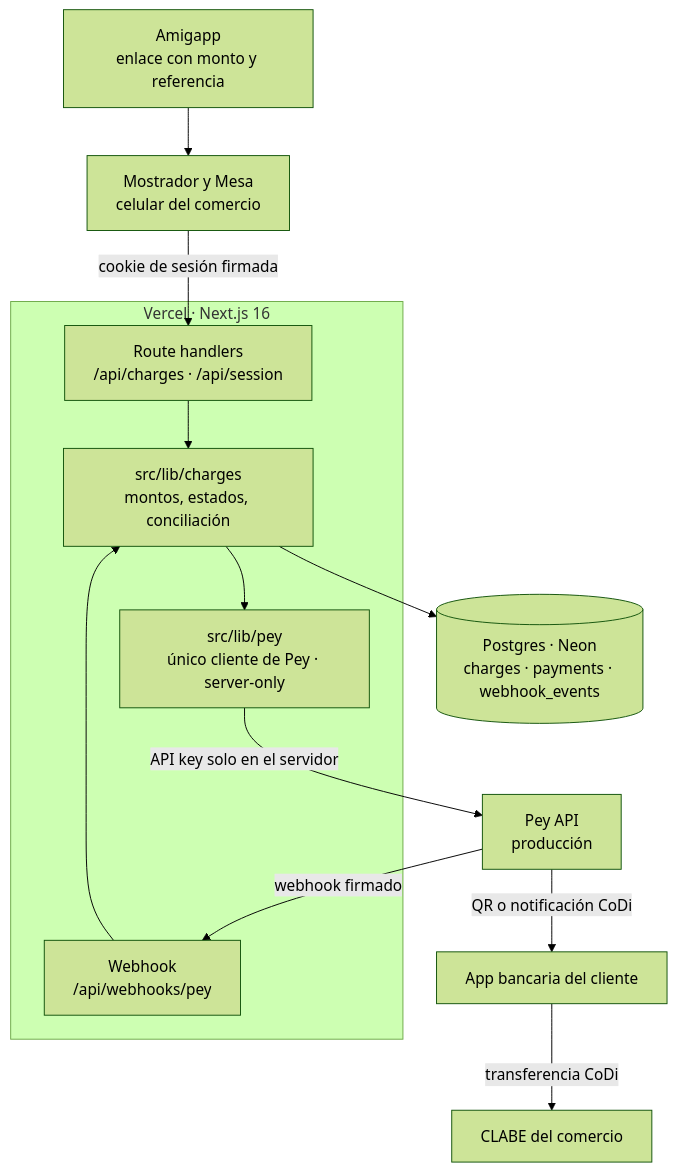
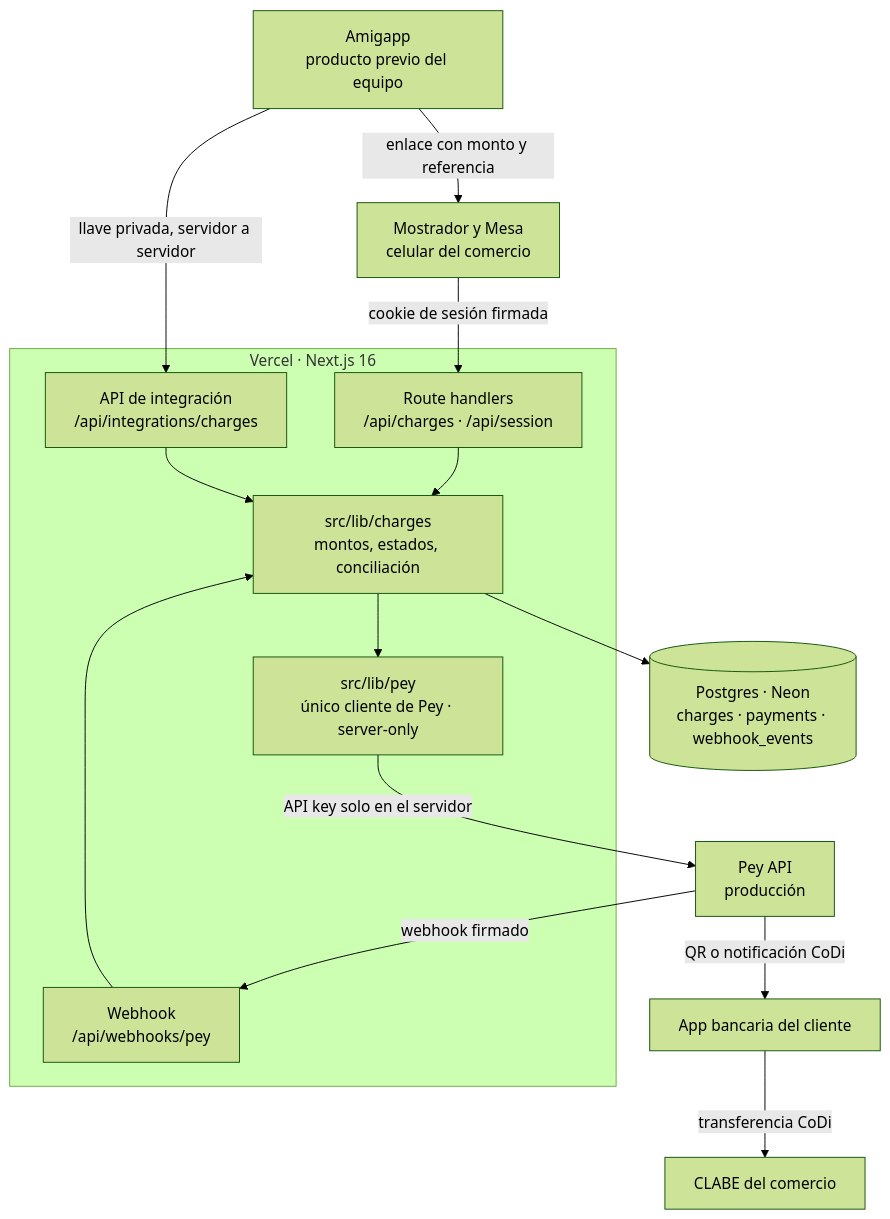
The second of 2 diagrams in README.md (Rubench0/code-pay), drawn with Mermaid (forest theme) before and after one commit. The commit also changed other lines of this file, not shown here.

Commit message:
Describe the Amigapp integration API in the README

````diff
--- a/README.md
+++ b/README.md
@@ -120,19 +129,22 @@
 ```mermaid
 flowchart TB
-    AMI["Amigapp<br/>enlace con monto y referencia"] --> UI
+    AMI["Amigapp<br/>producto previo del equipo"] -- "enlace con monto y referencia" --> UI
     UI["Mostrador y Mesa<br/>celular del comercio"] -- "cookie de sesión firmada" --> API
+    AMI -- "llave privada, servidor a servidor" --> INT
     subgraph Vercel["Vercel · Next.js 16"]
         API["Route handlers<br/>/api/charges · /api/session"]
+        INT["API de integración<br/>/api/integrations/charges"]
         WH["Webhook<br/>/api/webhooks/pey"]
         DOM["src/lib/charges<br/>montos, estados, conciliación"]
         PEYC["src/lib/pey<br/>único cliente de Pey · server-only"]
         API --> DOM
+        INT --> DOM
         WH --> DOM
         DOM --> PEYC
     end
     DOM --> DB[("Postgres · Neon<br/>charges · payments · webhook_events")]
     PEYC -- "API key solo en el servidor" --> PEY["Pey API<br/>producción"]
     PEY -- "QR o notificación CoDi" --> BANK["App bancaria del cliente"]
     BANK -- "transferencia CoDi" --> CLABE["CLABE del comercio"]
     PEY -- "webhook firmado" --> WH
 ```
````
